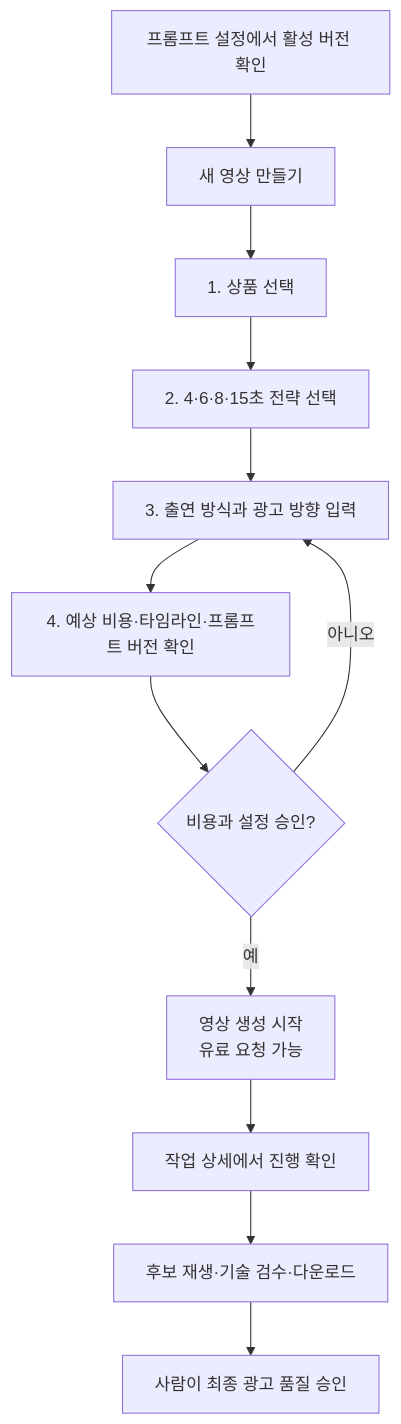
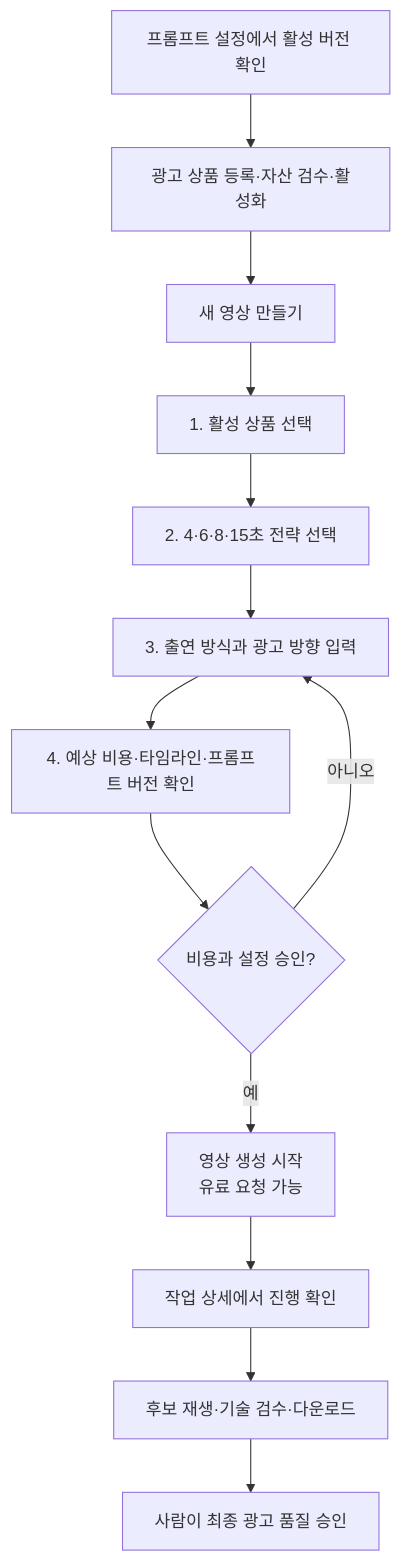
The second of 10 diagrams in docs/service-user-guide.ko.md (qdot-ai-reels/frontend), drawn with Mermaid before and after one commit. The commit also changed other lines of this file and 21 other files, not shown here.

```diff
--- a/docs/service-user-guide.ko.md
+++ b/docs/service-user-guide.ko.md
@@ -83,14 +87,15 @@
 ~~~mermaid
 flowchart TD
-    A["프롬프트 설정에서 활성 버전 확인"] --> B["새 영상 만들기"]
-    B --> C["1. 상품 선택"]
+    A["프롬프트 설정에서 활성 버전 확인"] --> P["광고 상품 등록·자산 검수·활성화"]
+    P --> B["새 영상 만들기"]
+    B --> C["1. 활성 상품 선택"]
     C --> D["2. 4·6·8·15초 전략 선택"]
     D --> E["3. 출연 방식과 광고 방향 입력"]
     E --> F["4. 예상 비용·타임라인·프롬프트 버전 확인"]
     F --> G{"비용과 설정 승인?"}
     G -- "아니오" --> E
     G -- "예" --> H["영상 생성 시작<br/>유료 요청 가능"]
     H --> I["작업 상세에서 진행 확인"]
     I --> J["후보 재생·기술 검수·다운로드"]
     J --> K["사람이 최종 광고 품질 승인"]
 ~~~
```
